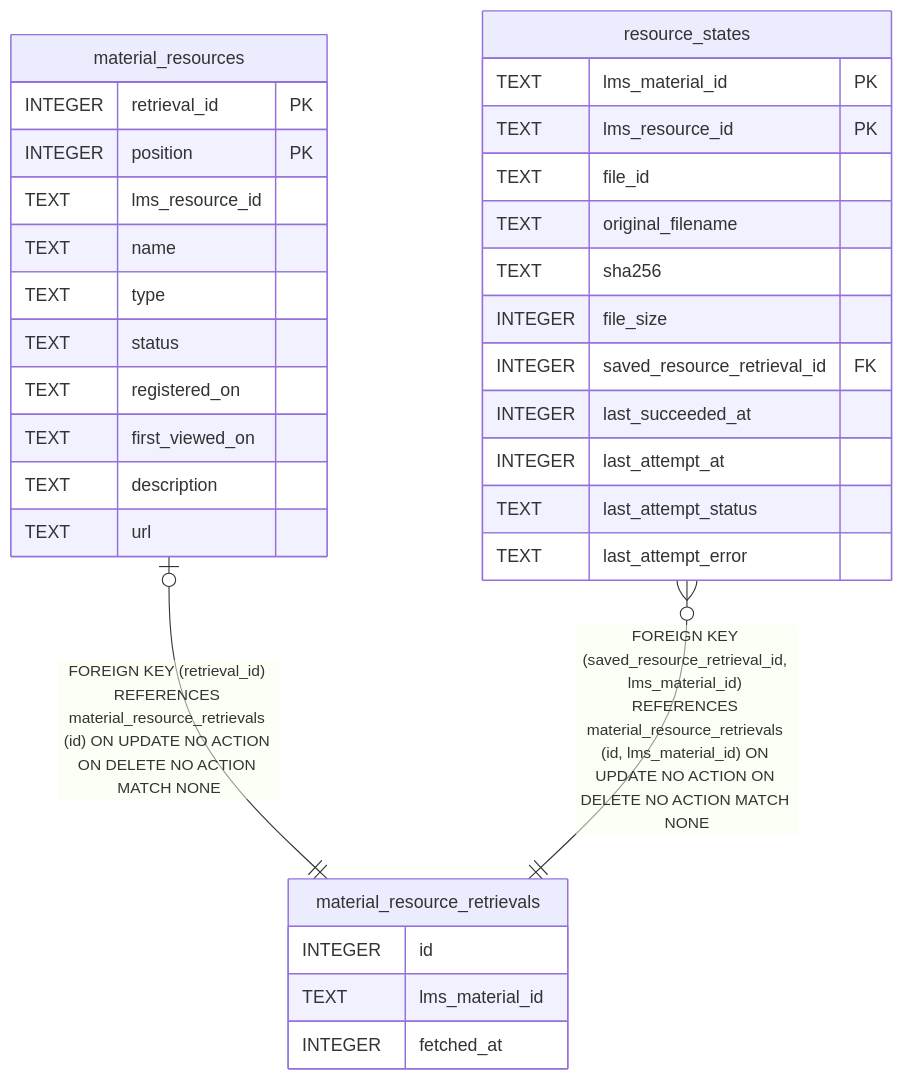
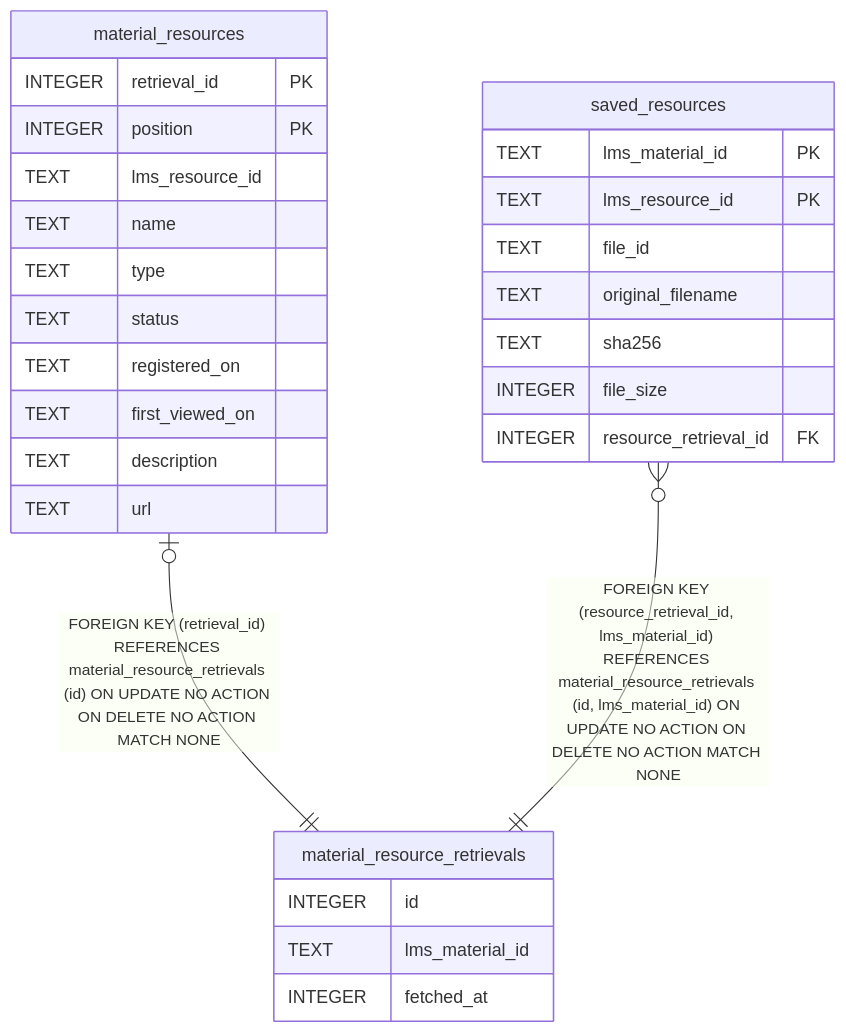
One commit to futsuuu/ku-potato changed the diagram in docs/db/material_resource_retrievals.md. Above: the diagram before and after it, drawn with Mermaid. The commit also changed other lines of this file and 29 other files, not shown here.

````diff
--- a/docs/db/material_resource_retrievals.md
+++ b/docs/db/material_resource_retrievals.md
@@ -46,37 +46,33 @@
 ```mermaid
 erDiagram
 
 "material_resources" |o--|| "material_resource_retrievals" : "FOREIGN KEY (retrieval_id) REFERENCES material_resource_retrievals (id) ON UPDATE NO ACTION ON DELETE NO ACTION MATCH NONE"
-"resource_states" }o--|| "material_resource_retrievals" : "FOREIGN KEY (saved_resource_retrieval_id, lms_material_id) REFERENCES material_resource_retrievals (id, lms_material_id) ON UPDATE NO ACTION ON DELETE NO ACTION MATCH NONE"
+"saved_resources" }o--|| "material_resource_retrievals" : "FOREIGN KEY (resource_retrieval_id, lms_material_id) REFERENCES material_resource_retrievals (id, lms_material_id) ON UPDATE NO ACTION ON DELETE NO ACTION MATCH NONE"
 
 "material_resource_retrievals" {
   INTEGER id
   TEXT lms_material_id
   INTEGER fetched_at
 }
 "material_resources" {
   INTEGER retrieval_id PK
   INTEGER position PK
   TEXT lms_resource_id
   TEXT name
   TEXT type
   TEXT status
   TEXT registered_on
   TEXT first_viewed_on
   TEXT description
   TEXT url
 }
-"resource_states" {
+"saved_resources" {
   TEXT lms_material_id PK
   TEXT lms_resource_id PK
   TEXT file_id
   TEXT original_filename
   TEXT sha256
   INTEGER file_size
-  INTEGER saved_resource_retrieval_id FK
-  INTEGER last_succeeded_at
-  INTEGER last_attempt_at
-  TEXT last_attempt_status
-  TEXT last_attempt_error
+  INTEGER resource_retrieval_id FK
 }
 ```
````
